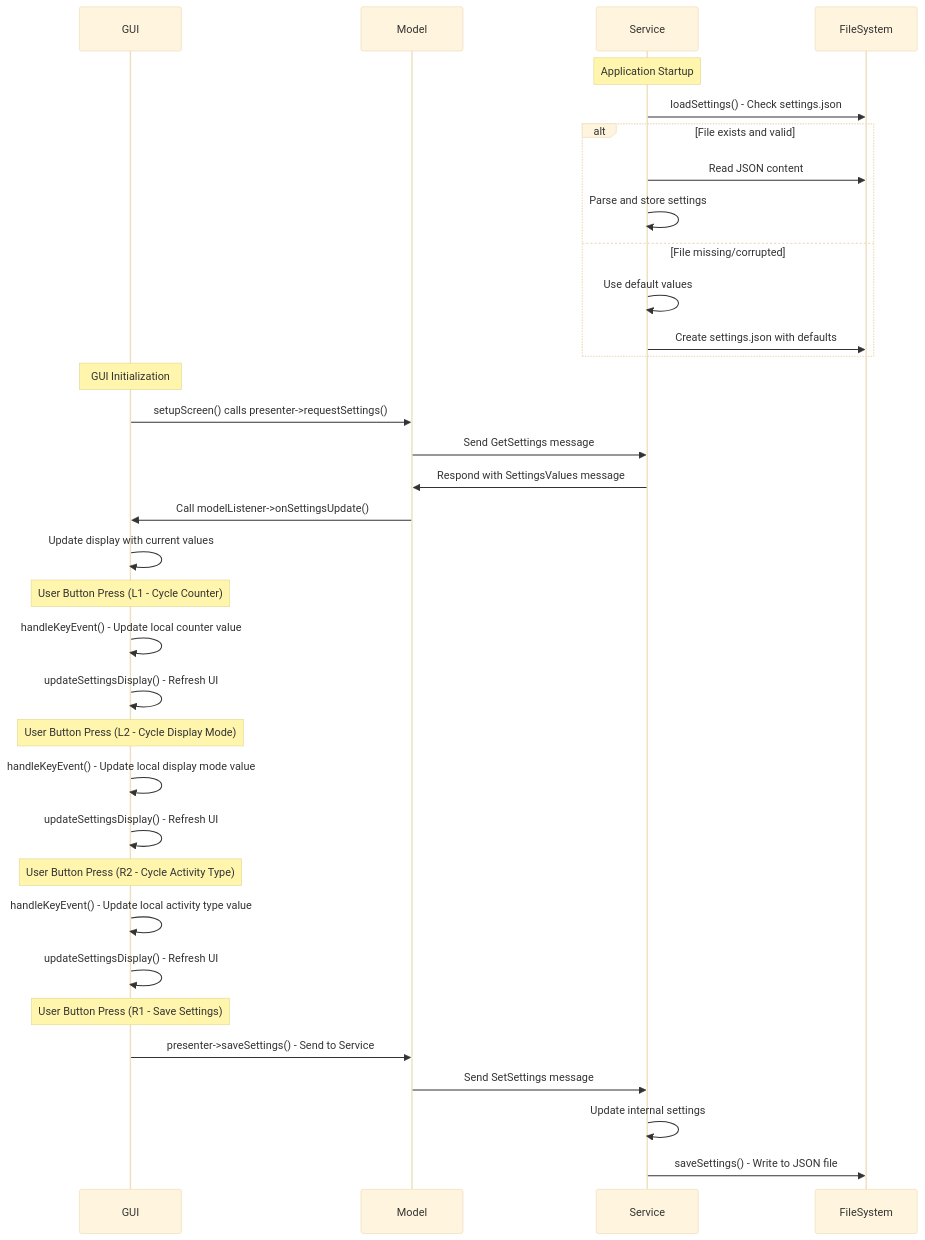
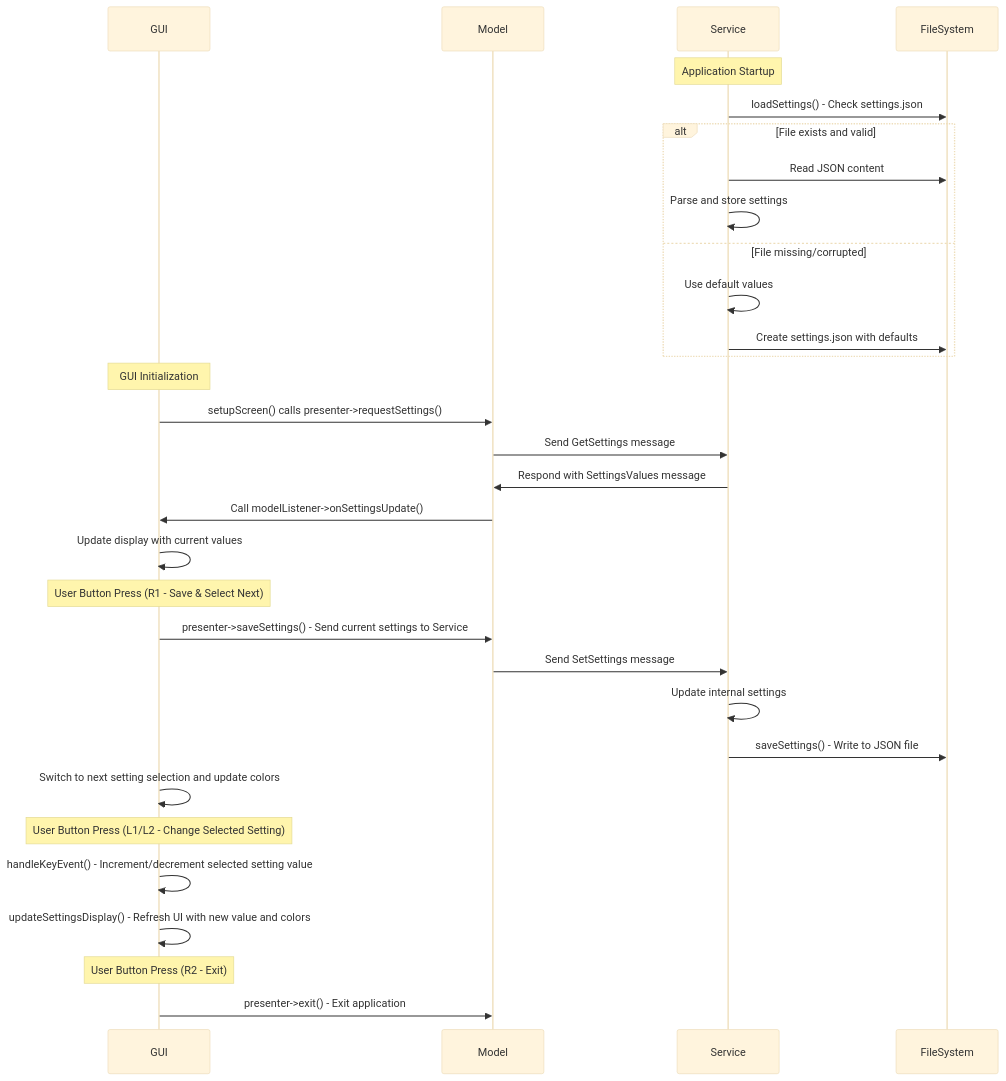
Before and after one commit to UNAWatch/una-sdk: the diagram in Docs/Tutorials/Files/ARCHITECTURE.md, drawn with Mermaid (base theme). The commit also changed other lines of this file, not shown here.

First line of the commit message:
docs(tutorial/files): update architecture guide for selectable settings implementation

````diff
--- a/Docs/Tutorials/Files/ARCHITECTURE.md
+++ b/Docs/Tutorials/Files/ARCHITECTURE.md
@@ -91,42 +91,38 @@
 ```mermaid
 sequenceDiagram
     participant GUI
     participant Model
     participant Service
     participant FileSystem
 
     Note over Service: Application Startup
     Service->>FileSystem: loadSettings() - Check settings.json
     alt File exists and valid
         Service->>FileSystem: Read JSON content
         Service->>Service: Parse and store settings
     else File missing/corrupted
         Service->>Service: Use default values
         Service->>FileSystem: Create settings.json with defaults
     end
 
     Note over GUI: GUI Initialization
     GUI->>Model: setupScreen() calls presenter->requestSettings()
     Model->>Service: Send GetSettings message
     Service->>Model: Respond with SettingsValues message
     Model->>GUI: Call modelListener->onSettingsUpdate()
     GUI->>GUI: Update display with current values
 
-    Note over GUI: User Button Press (L1 - Cycle Counter)
-    GUI->>GUI: handleKeyEvent() - Update local counter value
-    GUI->>GUI: updateSettingsDisplay() - Refresh UI
-
-    Note over GUI: User Button Press (L2 - Cycle Display Mode)
-    GUI->>GUI: handleKeyEvent() - Update local display mode value
-    GUI->>GUI: updateSettingsDisplay() - Refresh UI
-
-    Note over GUI: User Button Press (R2 - Cycle Activity Type)
-    GUI->>GUI: handleKeyEvent() - Update local activity type value
-    GUI->>GUI: updateSettingsDisplay() - Refresh UI
-
-    Note over GUI: User Button Press (R1 - Save Settings)
-    GUI->>Model: presenter->saveSettings() - Send to Service
+    Note over GUI: User Button Press (R1 - Save & Select Next)
+    GUI->>Model: presenter->saveSettings() - Send current settings to Service
     Model->>Service: Send SetSettings message
     Service->>Service: Update internal settings
     Service->>FileSystem: saveSettings() - Write to JSON file
+    GUI->>GUI: Switch to next setting selection and update colors
+
+    Note over GUI: User Button Press (L1/L2 - Change Selected Setting)
+    GUI->>GUI: handleKeyEvent() - Increment/decrement selected setting value
+    GUI->>GUI: updateSettingsDisplay() - Refresh UI with new value and colors
+
+    Note over GUI: User Button Press (R2 - Exit)
+    GUI->>Model: presenter->exit() - Exit application
 ```
````
